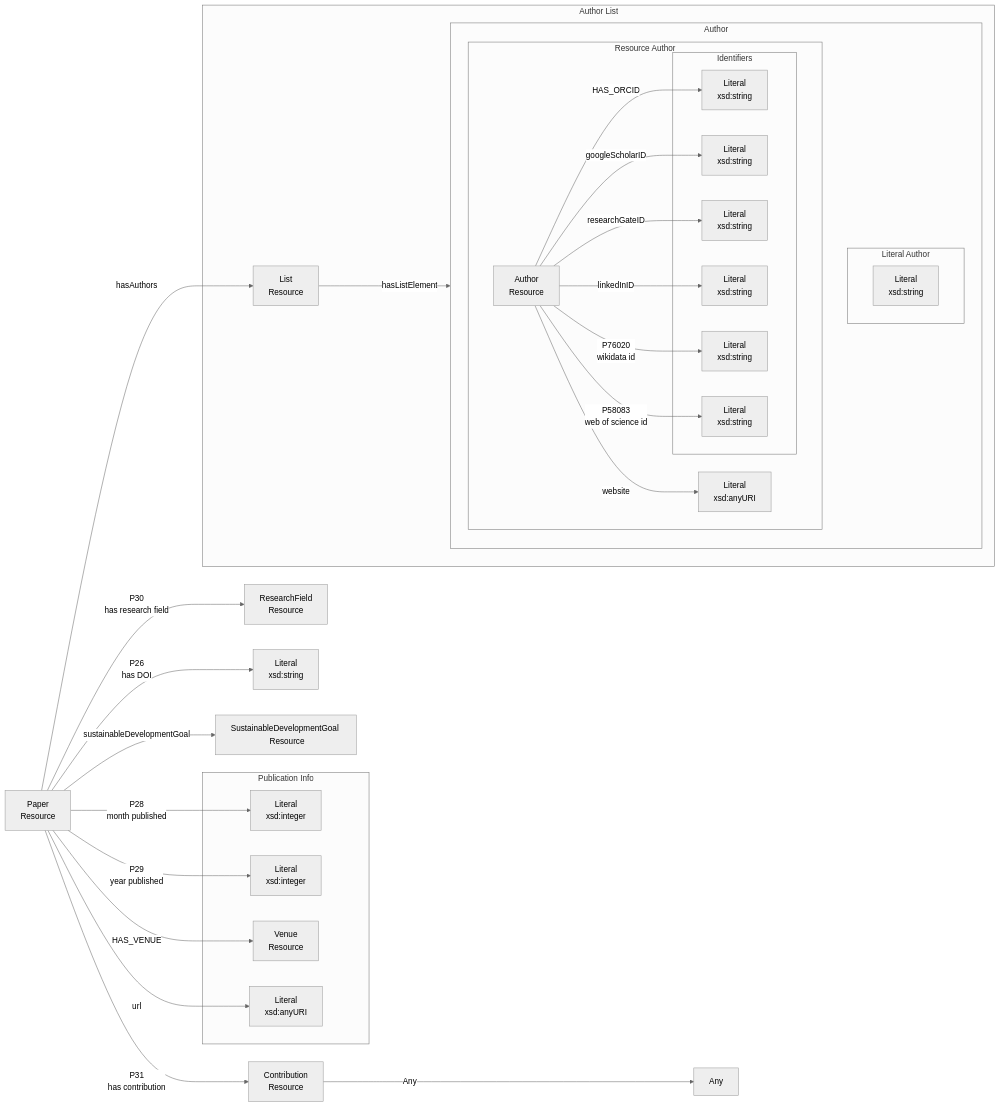
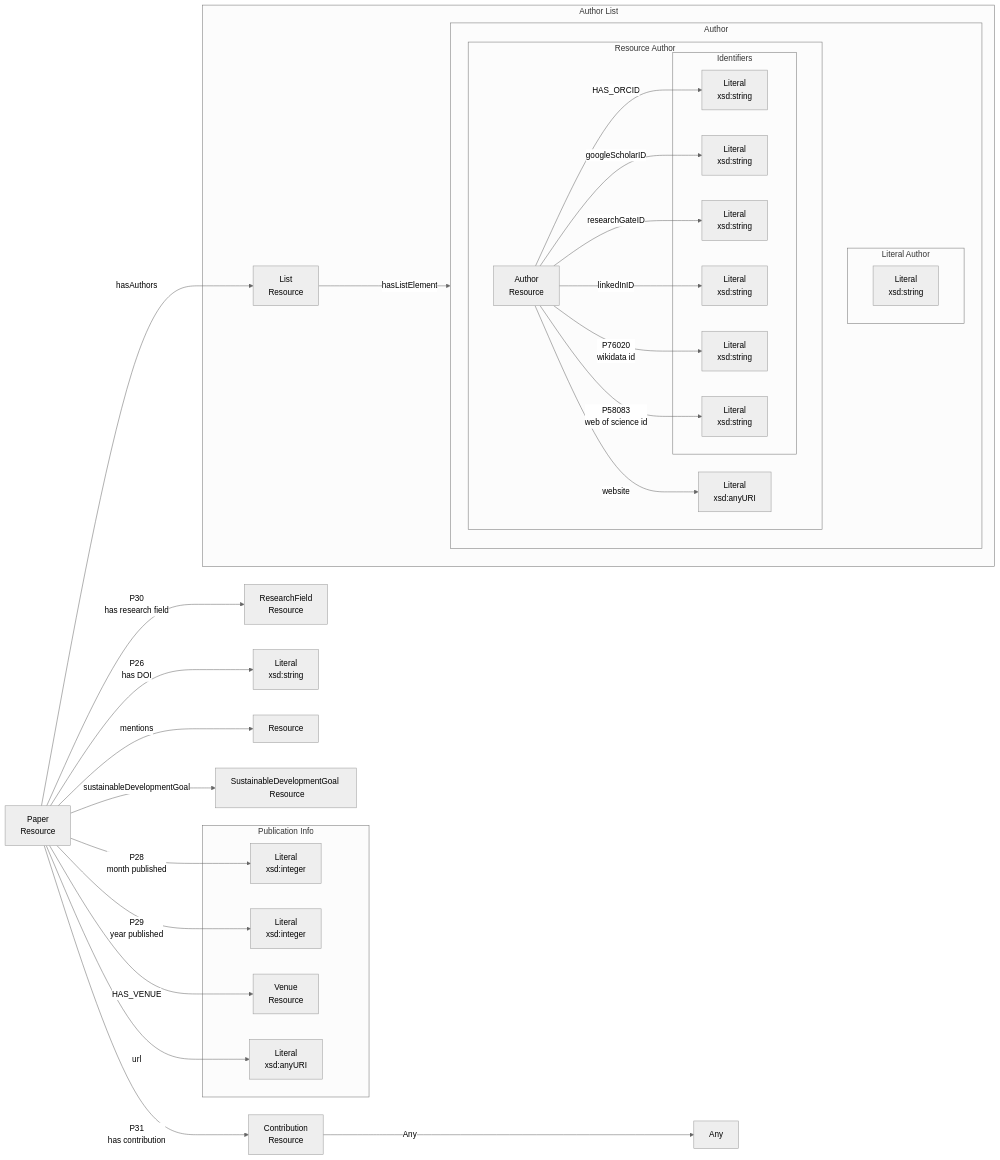
One commit to TIBHannover/orkg-backend changed the diagram in documentation/antora/modules/ROOT/pages/reference/model/paper.adoc. Above: the diagram before and after it, drawn with Mermaid (neutral theme). The commit also changed 20 other files, not shown here.

```diff
--- a/documentation/antora/modules/ROOT/pages/reference/model/paper.adoc
+++ b/documentation/antora/modules/ROOT/pages/reference/model/paper.adoc
@@ -3,45 +3,46 @@
 [mermaid,width=100%]
 ----
 flowchart LR
 	Paper[Paper \n Resource] --> |"P30 \n has research field"| researchField[ResearchField \n Resource]
 	Paper --> |"P26 \n has DOI"| doi[Literal \n xsd:string]
 	subgraph Publication Info
 		monthPublished
 		yearPublished
 		publishedIn
 		url
 	end
 	Paper --> |"P28 \n month published"| monthPublished[Literal \n xsd:integer]
 	Paper --> |"P29 \n year published"| yearPublished[Literal \n xsd:integer]
 	Paper --> |"HAS_VENUE"| publishedIn[Venue \n Resource]
 	Paper --> |"url"| url[Literal \n xsd:anyURI]
+	Paper --> |"mentions"| mention[Resource]
 	Paper --> |"hasAuthors"| authorList[List \n Resource]
 	subgraph Author List
 		authorList --> |"hasListElement"| Author
 		subgraph Author
 			subgraph Literal Author
 				literalAuthor[Literal \n xsd:string]
 			end
 			subgraph Resource Author
 				resourceAuthor[Author \n Resource] --> |"website"| resourceAuthorWebsite[Literal \n xsd:anyURI]
 				resourceAuthor --> |"HAS_ORCID"| orcid[Literal \n xsd:string]
 				resourceAuthor --> |"googleScholarID"| googleScholarID[Literal \n xsd:string]
 				resourceAuthor --> |"researchGateID"| researchGateID[Literal \n xsd:string]
 				resourceAuthor --> |"linkedInID"| linkedInID[Literal \n xsd:string]
 				resourceAuthor --> |"P76020 \n wikidata id"| wikidataId[Literal \n xsd:string]
 				resourceAuthor --> |"P58083 \n web of science id"| webOfScienceId[Literal \n xsd:string]
 				subgraph Identifiers
 					orcid
 					googleScholarID
 					researchGateID
 					linkedInID
 					wikidataId
 					webOfScienceId
 				end
 			end
 		end
 	end
 	Paper --> |"P31 \n has contribution"| Contribution
 	Contribution[Contribution \n Resource] --> |"Any"| Any
 	Paper --> |"sustainableDevelopmentGoal"| sdg[SustainableDevelopmentGoal \n Resource]
 ----
```
